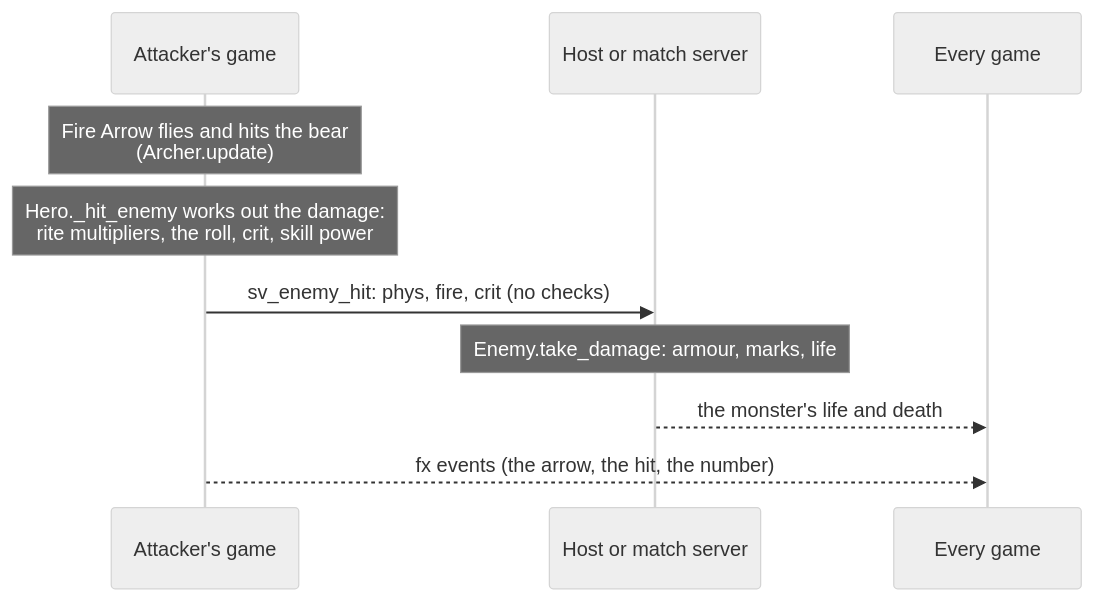
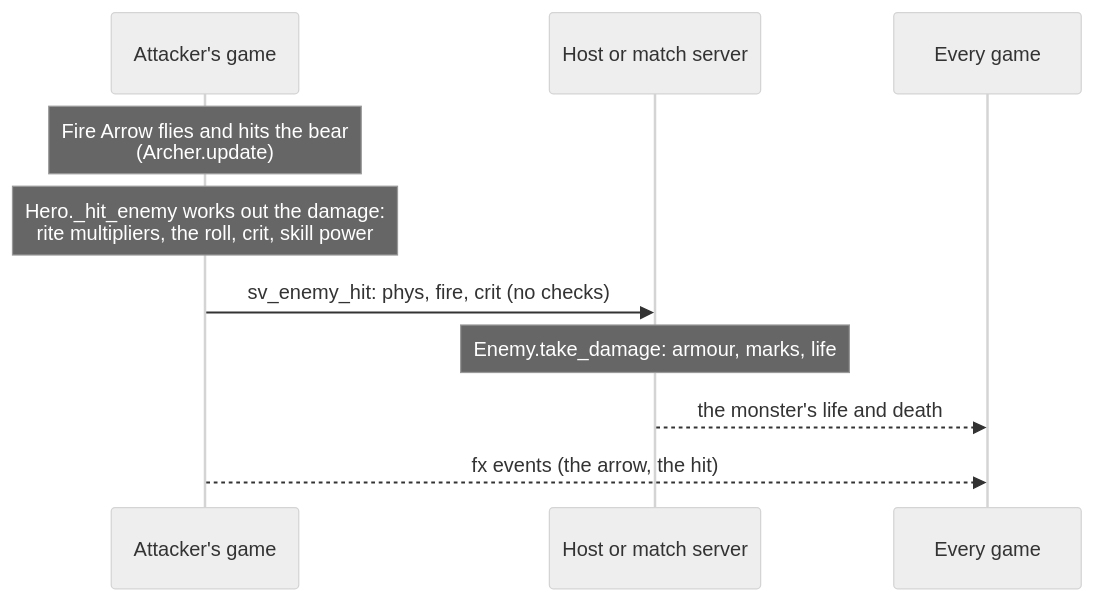
Before and after one commit to jjcw1337-rgb/ashen-crown: the diagram in docs/systems/combat.md, drawn with Mermaid (neutral theme). The commit also changed other lines of this file and 7 other files, not shown here.

````diff
--- a/docs/systems/combat.md
+++ b/docs/systems/combat.md
@@ -8,12 +8,12 @@
 ```mermaid
 sequenceDiagram
   participant A as Attacker's game
   participant S as Host or match server
   participant E as Every game
   Note over A: Fire Arrow flies and hits the bear<br/>(Archer.update)
   Note over A: Hero._hit_enemy works out the damage:<br/>rite multipliers, the roll, crit, skill power
   A->>S: sv_enemy_hit: phys, fire, crit (no checks)
   Note over S: Enemy.take_damage: armour, marks, life
   S-->>E: the monster's life and death
-  A-->>E: fx events (the arrow, the hit, the number)
+  A-->>E: fx events (the arrow, the hit)
 ```
````
